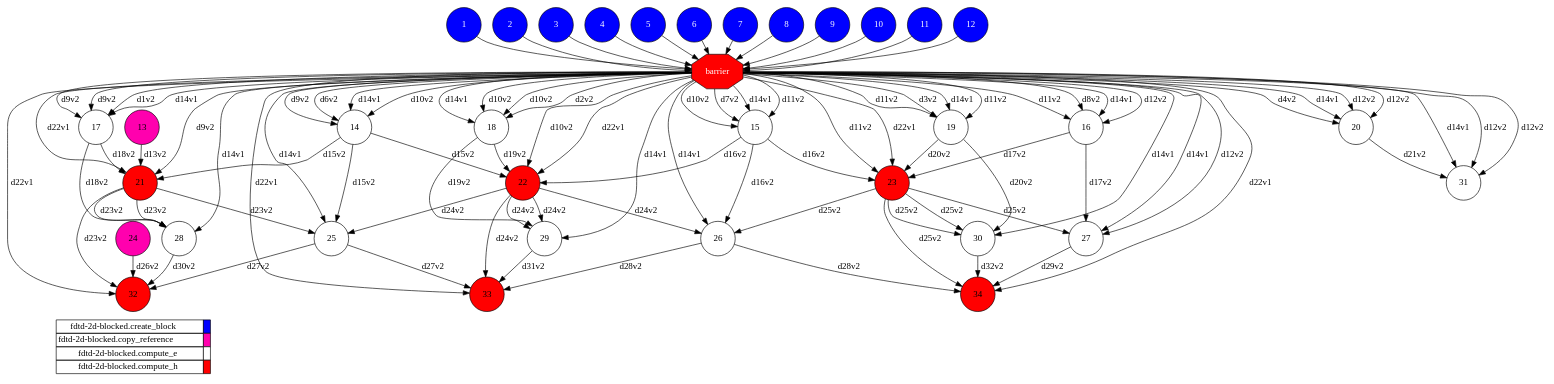
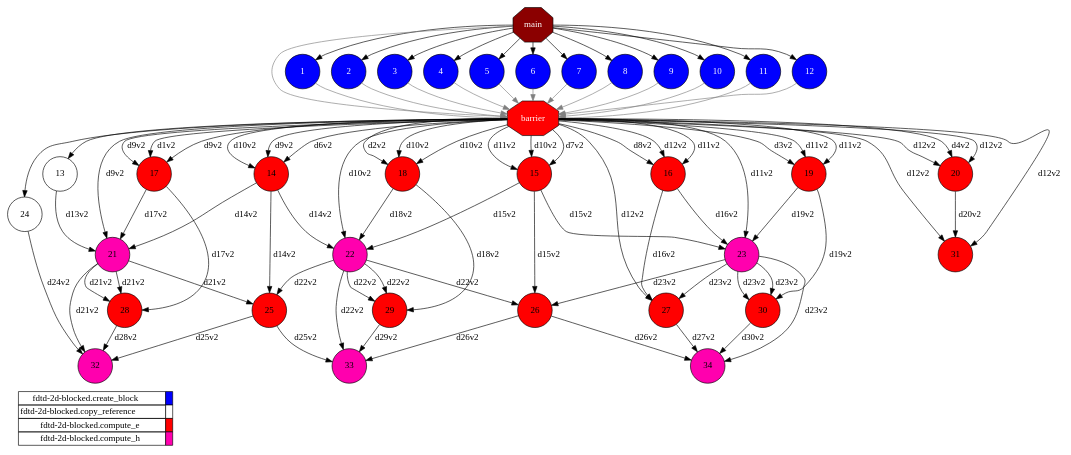
Before and after one commit to cristianrcv/pycompss-autoparallel: the diagram in examples/fdtd-2d-blocked/results/local/userparallel/complete_graph.dot, drawn with Graphviz. The commit also changed 171 other files, not shown here.

```diff
--- a/examples/fdtd-2d-blocked/results/local/userparallel/complete_graph.dot
+++ b/examples/fdtd-2d-blocked/results/local/userparallel/complete_graph.dot
@@ -1,167 +1,164 @@
 digraph {
   rankdir=TB;
   labeljust="l";
+  compound= true;
   subgraph dependence_graph {
     ranksep=0.20;
     node[height=0.75];
 
+Synchro0[label="main", shape=octagon, style=filled fillcolor="#8B0000" fontcolor="#FFFFFF"];
 1[shape=circle, style=filled fillcolor="#0000ff" fontcolor="#ffffff"];
+Synchro0 -> 1;
 2[shape=circle, style=filled fillcolor="#0000ff" fontcolor="#ffffff"];
+Synchro0 -> 2;
 3[shape=circle, style=filled fillcolor="#0000ff" fontcolor="#ffffff"];
+Synchro0 -> 3;
 4[shape=circle, style=filled fillcolor="#0000ff" fontcolor="#ffffff"];
+Synchro0 -> 4;
 5[shape=circle, style=filled fillcolor="#0000ff" fontcolor="#ffffff"];
+Synchro0 -> 5;
 6[shape=circle, style=filled fillcolor="#0000ff" fontcolor="#ffffff"];
+Synchro0 -> 6;
 7[shape=circle, style=filled fillcolor="#0000ff" fontcolor="#ffffff"];
+Synchro0 -> 7;
 8[shape=circle, style=filled fillcolor="#0000ff" fontcolor="#ffffff"];
+Synchro0 -> 8;
 9[shape=circle, style=filled fillcolor="#0000ff" fontcolor="#ffffff"];
+Synchro0 -> 9;
 10[shape=circle, style=filled fillcolor="#0000ff" fontcolor="#ffffff"];
+Synchro0 -> 10;
 11[shape=circle, style=filled fillcolor="#0000ff" fontcolor="#ffffff"];
+Synchro0 -> 11;
 12[shape=circle, style=filled fillcolor="#0000ff" fontcolor="#ffffff"];
+Synchro0 -> 12;
 Synchro1[label="barrier", shape=octagon, style=filled fillcolor="#ff0000" fontcolor="#FFFFFF"];
-1 -> Synchro1;
-12 -> Synchro1;
-4 -> Synchro1;
-6 -> Synchro1;
-3 -> Synchro1;
-5 -> Synchro1;
-2 -> Synchro1;
-8 -> Synchro1;
-9 -> Synchro1;
-7 -> Synchro1;
-10 -> Synchro1;
-11 -> Synchro1;
-13[shape=circle, style=filled fillcolor="#ff00ae" fontcolor="#000000"];
-14[shape=circle, style=filled fillcolor="#ffffff" fontcolor="#000000"];
-Synchro1 -> 14[ label="d6v2" ];
-Synchro1 -> 14[ label="d14v1" ];
-Synchro1 -> 14[ label="d10v2" ];
-Synchro1 -> 14[ label="d9v2" ];
-15[shape=circle, style=filled fillcolor="#ffffff" fontcolor="#000000"];
-Synchro1 -> 15[ label="d7v2" ];
-Synchro1 -> 15[ label="d14v1" ];
-Synchro1 -> 15[ label="d11v2" ];
-Synchro1 -> 15[ label="d10v2" ];
-16[shape=circle, style=filled fillcolor="#ffffff" fontcolor="#000000"];
-Synchro1 -> 16[ label="d8v2" ];
-Synchro1 -> 16[ label="d14v1" ];
-Synchro1 -> 16[ label="d12v2" ];
-Synchro1 -> 16[ label="d11v2" ];
-17[shape=circle, style=filled fillcolor="#ffffff" fontcolor="#000000"];
-Synchro1 -> 17[ label="d1v2" ];
-Synchro1 -> 17[ label="d14v1" ];
-Synchro1 -> 17[ label="d9v2" ];
-Synchro1 -> 17[ label="d9v2" ];
-18[shape=circle, style=filled fillcolor="#ffffff" fontcolor="#000000"];
-Synchro1 -> 18[ label="d2v2" ];
-Synchro1 -> 18[ label="d14v1" ];
-Synchro1 -> 18[ label="d10v2" ];
-Synchro1 -> 18[ label="d10v2" ];
-19[shape=circle, style=filled fillcolor="#ffffff" fontcolor="#000000"];
-Synchro1 -> 19[ label="d3v2" ];
-Synchro1 -> 19[ label="d14v1" ];
-Synchro1 -> 19[ label="d11v2" ];
-Synchro1 -> 19[ label="d11v2" ];
-20[shape=circle, style=filled fillcolor="#ffffff" fontcolor="#000000"];
-Synchro1 -> 20[ label="d4v2" ];
-Synchro1 -> 20[ label="d14v1" ];
-Synchro1 -> 20[ label="d12v2" ];
-Synchro1 -> 20[ label="d12v2" ];
-21[shape=circle, style=filled fillcolor="#ff0000" fontcolor="#000000"];
-Synchro1 -> 21[ label="d9v2" ];
-Synchro1 -> 21[ label="d22v1" ];
-17 -> 21[ label="d18v2" ];
-14 -> 21[ label="d15v2" ];
-13 -> 21[ label="d13v2" ];
-22[shape=circle, style=filled fillcolor="#ff0000" fontcolor="#000000"];
-Synchro1 -> 22[ label="d10v2" ];
-Synchro1 -> 22[ label="d22v1" ];
-18 -> 22[ label="d19v2" ];
-15 -> 22[ label="d16v2" ];
-14 -> 22[ label="d15v2" ];
-23[shape=circle, style=filled fillcolor="#ff0000" fontcolor="#000000"];
-Synchro1 -> 23[ label="d11v2" ];
-Synchro1 -> 23[ label="d22v1" ];
-19 -> 23[ label="d20v2" ];
-16 -> 23[ label="d17v2" ];
-15 -> 23[ label="d16v2" ];
-24[shape=circle, style=filled fillcolor="#ff00ae" fontcolor="#000000"];
-25[shape=circle, style=filled fillcolor="#ffffff" fontcolor="#000000"];
-14 -> 25[ label="d15v2" ];
-Synchro1 -> 25[ label="d14v1" ];
-22 -> 25[ label="d24v2" ];
-21 -> 25[ label="d23v2" ];
-26[shape=circle, style=filled fillcolor="#ffffff" fontcolor="#000000"];
-15 -> 26[ label="d16v2" ];
-Synchro1 -> 26[ label="d14v1" ];
-23 -> 26[ label="d25v2" ];
-22 -> 26[ label="d24v2" ];
-27[shape=circle, style=filled fillcolor="#ffffff" fontcolor="#000000"];
-16 -> 27[ label="d17v2" ];
-Synchro1 -> 27[ label="d14v1" ];
-Synchro1 -> 27[ label="d12v2" ];
-23 -> 27[ label="d25v2" ];
-28[shape=circle, style=filled fillcolor="#ffffff" fontcolor="#000000"];
-17 -> 28[ label="d18v2" ];
-Synchro1 -> 28[ label="d14v1" ];
-21 -> 28[ label="d23v2" ];
-21 -> 28[ label="d23v2" ];
-29[shape=circle, style=filled fillcolor="#ffffff" fontcolor="#000000"];
-18 -> 29[ label="d19v2" ];
-Synchro1 -> 29[ label="d14v1" ];
-22 -> 29[ label="d24v2" ];
-22 -> 29[ label="d24v2" ];
-30[shape=circle, style=filled fillcolor="#ffffff" fontcolor="#000000"];
-19 -> 30[ label="d20v2" ];
-Synchro1 -> 30[ label="d14v1" ];
-23 -> 30[ label="d25v2" ];
-23 -> 30[ label="d25v2" ];
-31[shape=circle, style=filled fillcolor="#ffffff" fontcolor="#000000"];
-20 -> 31[ label="d21v2" ];
-Synchro1 -> 31[ label="d14v1" ];
-Synchro1 -> 31[ label="d12v2" ];
-Synchro1 -> 31[ label="d12v2" ];
-32[shape=circle, style=filled fillcolor="#ff0000" fontcolor="#000000"];
-21 -> 32[ label="d23v2" ];
-Synchro1 -> 32[ label="d22v1" ];
-28 -> 32[ label="d30v2" ];
-25 -> 32[ label="d27v2" ];
-24 -> 32[ label="d26v2" ];
-33[shape=circle, style=filled fillcolor="#ff0000" fontcolor="#000000"];
-22 -> 33[ label="d24v2" ];
-Synchro1 -> 33[ label="d22v1" ];
-29 -> 33[ label="d31v2" ];
-26 -> 33[ label="d28v2" ];
-25 -> 33[ label="d27v2" ];
-34[shape=circle, style=filled fillcolor="#ff0000" fontcolor="#000000"];
-23 -> 34[ label="d25v2" ];
-Synchro1 -> 34[ label="d22v1" ];
-30 -> 34[ label="d32v2" ];
-27 -> 34[ label="d29v2" ];
-26 -> 34[ label="d28v2" ];  }
+Synchro0 -> Synchro1 [color=grey];
+9 -> Synchro1 [color=grey];
+3 -> Synchro1 [color=grey];
+4 -> Synchro1 [color=grey];
+11 -> Synchro1 [color=grey];
+8 -> Synchro1 [color=grey];
+10 -> Synchro1 [color=grey];
+1 -> Synchro1 [color=grey];
+5 -> Synchro1 [color=grey];
+7 -> Synchro1 [color=grey];
+6 -> Synchro1 [color=grey];
+12 -> Synchro1 [color=grey];
+2 -> Synchro1 [color=grey];
+13[shape=circle, style=filled fillcolor="#ffffff" fontcolor="#000000"];
+Synchro1 -> 13;
+14[shape=circle, style=filled fillcolor="#ff0000" fontcolor="#000000"];
+Synchro1 -> 14 [label="d6v2"];
+Synchro1 -> 14 [label="d10v2"];
+Synchro1 -> 14 [label="d9v2"];
+15[shape=circle, style=filled fillcolor="#ff0000" fontcolor="#000000"];
+Synchro1 -> 15 [label="d7v2"];
+Synchro1 -> 15 [label="d11v2"];
+Synchro1 -> 15 [label="d10v2"];
+16[shape=circle, style=filled fillcolor="#ff0000" fontcolor="#000000"];
+Synchro1 -> 16 [label="d8v2"];
+Synchro1 -> 16 [label="d12v2"];
+Synchro1 -> 16 [label="d11v2"];
+17[shape=circle, style=filled fillcolor="#ff0000" fontcolor="#000000"];
+Synchro1 -> 17 [label="d1v2"];
+Synchro1 -> 17 [label="d9v2"];
+Synchro1 -> 17 [label="d9v2"];
+18[shape=circle, style=filled fillcolor="#ff0000" fontcolor="#000000"];
+Synchro1 -> 18 [label="d2v2"];
+Synchro1 -> 18 [label="d10v2"];
+Synchro1 -> 18 [label="d10v2"];
+19[shape=circle, style=filled fillcolor="#ff0000" fontcolor="#000000"];
+Synchro1 -> 19 [label="d3v2"];
+Synchro1 -> 19 [label="d11v2"];
+Synchro1 -> 19 [label="d11v2"];
+20[shape=circle, style=filled fillcolor="#ff0000" fontcolor="#000000"];
+Synchro1 -> 20 [label="d4v2"];
+Synchro1 -> 20 [label="d12v2"];
+Synchro1 -> 20 [label="d12v2"];
+21[shape=circle, style=filled fillcolor="#ff00ae" fontcolor="#000000"];
+Synchro1 -> 21 [label="d9v2"];
+17 -> 21 [label="d17v2"];
+14 -> 21 [label="d14v2"];
+13 -> 21 [label="d13v2"];
+22[shape=circle, style=filled fillcolor="#ff00ae" fontcolor="#000000"];
+Synchro1 -> 22 [label="d10v2"];
+18 -> 22 [label="d18v2"];
+15 -> 22 [label="d15v2"];
+14 -> 22 [label="d14v2"];
+23[shape=circle, style=filled fillcolor="#ff00ae" fontcolor="#000000"];
+Synchro1 -> 23 [label="d11v2"];
+19 -> 23 [label="d19v2"];
+16 -> 23 [label="d16v2"];
+15 -> 23 [label="d15v2"];
+24[shape=circle, style=filled fillcolor="#ffffff" fontcolor="#000000"];
+Synchro1 -> 24;
+25[shape=circle, style=filled fillcolor="#ff0000" fontcolor="#000000"];
+14 -> 25 [label="d14v2"];
+22 -> 25 [label="d22v2"];
+21 -> 25 [label="d21v2"];
+26[shape=circle, style=filled fillcolor="#ff0000" fontcolor="#000000"];
+15 -> 26 [label="d15v2"];
+23 -> 26 [label="d23v2"];
+22 -> 26 [label="d22v2"];
+27[shape=circle, style=filled fillcolor="#ff0000" fontcolor="#000000"];
+16 -> 27 [label="d16v2"];
+Synchro1 -> 27 [label="d12v2"];
+23 -> 27 [label="d23v2"];
+28[shape=circle, style=filled fillcolor="#ff0000" fontcolor="#000000"];
+17 -> 28 [label="d17v2"];
+21 -> 28 [label="d21v2"];
+21 -> 28 [label="d21v2"];
+29[shape=circle, style=filled fillcolor="#ff0000" fontcolor="#000000"];
+18 -> 29 [label="d18v2"];
+22 -> 29 [label="d22v2"];
+22 -> 29 [label="d22v2"];
+30[shape=circle, style=filled fillcolor="#ff0000" fontcolor="#000000"];
+19 -> 30 [label="d19v2"];
+23 -> 30 [label="d23v2"];
+23 -> 30 [label="d23v2"];
+31[shape=circle, style=filled fillcolor="#ff0000" fontcolor="#000000"];
+20 -> 31 [label="d20v2"];
+Synchro1 -> 31 [label="d12v2"];
+Synchro1 -> 31 [label="d12v2"];
+32[shape=circle, style=filled fillcolor="#ff00ae" fontcolor="#000000"];
+21 -> 32 [label="d21v2"];
+28 -> 32 [label="d28v2"];
+25 -> 32 [label="d25v2"];
+24 -> 32 [label="d24v2"];
+33[shape=circle, style=filled fillcolor="#ff00ae" fontcolor="#000000"];
+22 -> 33 [label="d22v2"];
+29 -> 33 [label="d29v2"];
+26 -> 33 [label="d26v2"];
+25 -> 33 [label="d25v2"];
+34[shape=circle, style=filled fillcolor="#ff00ae" fontcolor="#000000"];
+23 -> 34 [label="d23v2"];
+30 -> 34 [label="d30v2"];
+27 -> 34 [label="d27v2"];
+26 -> 34 [label="d26v2"];  }
   subgraph legend {
     rank=sink;
     node [shape=plaintext, height=0.75];
     ranksep=0.20;
     label = "Legend";
     key [label=<
       <table border="0" cellpadding="2" cellspacing="0" cellborder="1">
 <tr>
 <td align="right">fdtd-2d-blocked.create_block</td>
 <td bgcolor="#0000ff">&nbsp;</td>
 </tr>
 <tr>
 <td align="right">fdtd-2d-blocked.copy_reference</td>
-<td bgcolor="#ff00ae">&nbsp;</td>
+<td bgcolor="#ffffff">&nbsp;</td>
 </tr>
 <tr>
 <td align="right">fdtd-2d-blocked.compute_e</td>
-<td bgcolor="#ffffff">&nbsp;</td>
+<td bgcolor="#ff0000">&nbsp;</td>
 </tr>
 <tr>
 <td align="right">fdtd-2d-blocked.compute_h</td>
-<td bgcolor="#ff0000">&nbsp;</td>
+<td bgcolor="#ff00ae">&nbsp;</td>
 </tr>
       </table>
     >]
   }
 }
```
